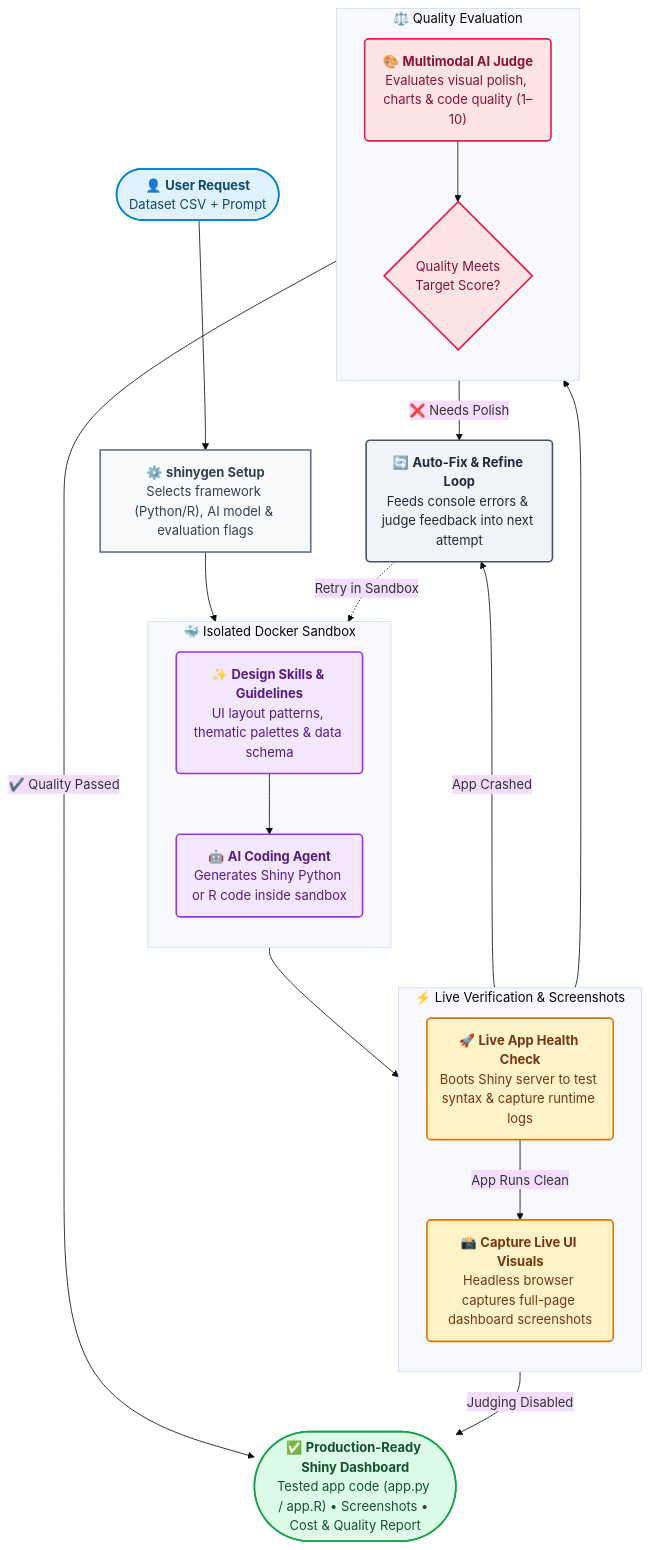
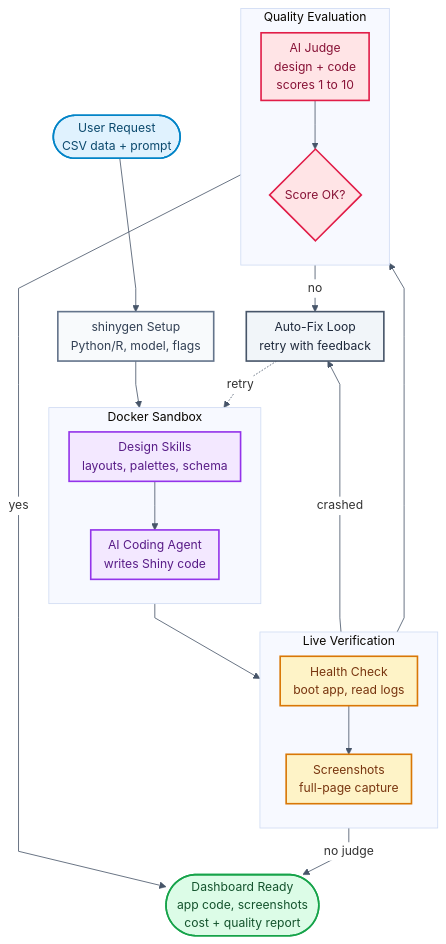
The diagram in README.md (karangattu/shinygen), drawn with Mermaid before and after one commit. The commit also changed 2 other files, not shown here.

Commit message:
fix(docs): eliminate mermaid text clipping in README and Quarto docs
Remove emojis, bold markup, and raw ampersands that broke Mermaid label
width measurement; shorten all node lines to ~23 chars, compact edge
labels, and add flowchart spacing config plus responsive SVG CSS

````diff
--- a/README.md
+++ b/README.md
@@ -7,53 +7,52 @@
 ```mermaid
-%%{init: {'theme': 'base', 'themeVariables': { 'fontFamily': 'Inter, system-ui, -apple-system, sans-serif' }}}%%
+%%{init: {'theme': 'base', 'themeVariables': { 'fontFamily': 'Inter, system-ui, -apple-system, sans-serif', 'fontSize': '15px', 'lineColor': '#475569', 'edgeLabelBackground': '#ffffff' }, 'flowchart': { 'padding': 8, 'nodeSpacing': 30, 'rankSpacing': 35, 'curve': 'linear', 'htmlLabels': true, 'useMaxWidth': true }}}%%
 flowchart TD
     %% Color Palette Definitions
     classDef input fill:#e0f2fe,stroke:#0284c7,stroke-width:2px,color:#0c4a6e
     classDef setup fill:#f8fafc,stroke:#64748b,stroke-width:2px,color:#334155
     classDef agent fill:#f3e8ff,stroke:#9333ea,stroke-width:2px,color:#581c87
     classDef test fill:#fef3c7,stroke:#d97706,stroke-width:2px,color:#78350f
     classDef judge fill:#ffe4e6,stroke:#e11d48,stroke-width:2px,color:#881337
     classDef loop fill:#f1f5f9,stroke:#475569,stroke-width:2px,color:#1e293b
     classDef done fill:#dcfce7,stroke:#16a34a,stroke-width:2px,color:#14532d
 
     %% 1. User Input & Setup
-    User(["👤 <b>User Request</b><br/>Dataset CSV + Prompt"]):::input
-    User --> Setup["⚙️ <b>shinygen Setup</b><br/>Selects framework (Python/R), AI model & evaluation flags"]:::setup
+    User(["User Request<br/>CSV data + prompt"]):::input
+    User --> Setup["shinygen Setup<br/>Python/R, model, flags"]:::setup
 
     %% 2. Docker Sandbox Generation
-    subgraph Sandbox["🐳 Isolated Docker Sandbox"]
+    subgraph Sandbox["Docker Sandbox"]
         direction TB
-        Skills("✨ <b>Design Skills & Guidelines</b><br/>UI layout patterns, thematic palettes & data schema"):::agent
-        Coder("🤖 <b>AI Coding Agent</b><br/>Generates Shiny Python or R code inside sandbox"):::agent
+        Skills["Design Skills<br/>layouts, palettes, schema"]:::agent
+        Coder["AI Coding Agent<br/>writes Shiny code"]:::agent
         Skills --> Coder
     end
     Setup --> Skills
 
     %% 3. Automated Health Check & Visuals
-    subgraph Verify["⚡ Live Verification & Screenshots"]
+    subgraph Verify["Live Verification"]
         direction TB
-        Launch("🚀 <b>Live App Health Check</b><br/>Boots Shiny server to test syntax & capture runtime logs"):::test
-        Snap("📸 <b>Capture Live UI Visuals</b><br/>Headless browser captures full-page dashboard screenshots"):::test
-        Launch -->|"App Runs Clean"| Snap
+        Launch["Health Check<br/>boot app, read logs"]:::test
+        Snap["Screenshots<br/>full-page capture"]:::test
+        Launch --> Snap
     end
     Coder --> Launch
 
     %% 4. Multimodal AI Judge
-    subgraph Quality["⚖️ Quality Evaluation"]
+    subgraph Quality["Quality Evaluation"]
         direction TB
-        Judge("🎨 <b>Multimodal AI Judge</b><br/>Evaluates visual polish, charts & code quality (1–10)"):::judge
-        Check{"Quality Meets<br/>Target Score?"}:::judge
+        Judge["AI Judge<br/>design + code<br/>scores 1 to 10"]:::judge
+        Check{"Score OK?"}:::judge
         Judge --> Check
     end
     Snap --> Judge
 
     %% 5. Self-Healing Refinement Loop or Success
-    Feedback("🔄 <b>Auto-Fix & Refine Loop</b><br/>Feeds console errors & judge feedback into next attempt"):::loop
-    Launch -->|"App Crashed"| Feedback
-    Check -- "❌ Needs Polish" --> Feedback
-    Feedback -.->|"Retry in Sandbox"| Coder
-
-    Success(["✅ <b>Production-Ready Shiny Dashboard</b><br/>Tested app code (app.py / app.R) • Screenshots • Cost & Quality Report"]):::done
-    Check -- "✔️ Quality Passed" --> Success
-    Snap -->|"Judging Disabled"| Success
+    Feedback["Auto-Fix Loop<br/>retry with feedback"]:::loop
+    Success(["Dashboard Ready<br/>app code, screenshots<br/>cost + quality report"]):::done
+    Launch -- crashed --> Feedback
+    Check -- no --> Feedback
+    Check -- yes --> Success
+    Snap -- no judge --> Success
+    Feedback -. retry .-> Coder
 ```
````
